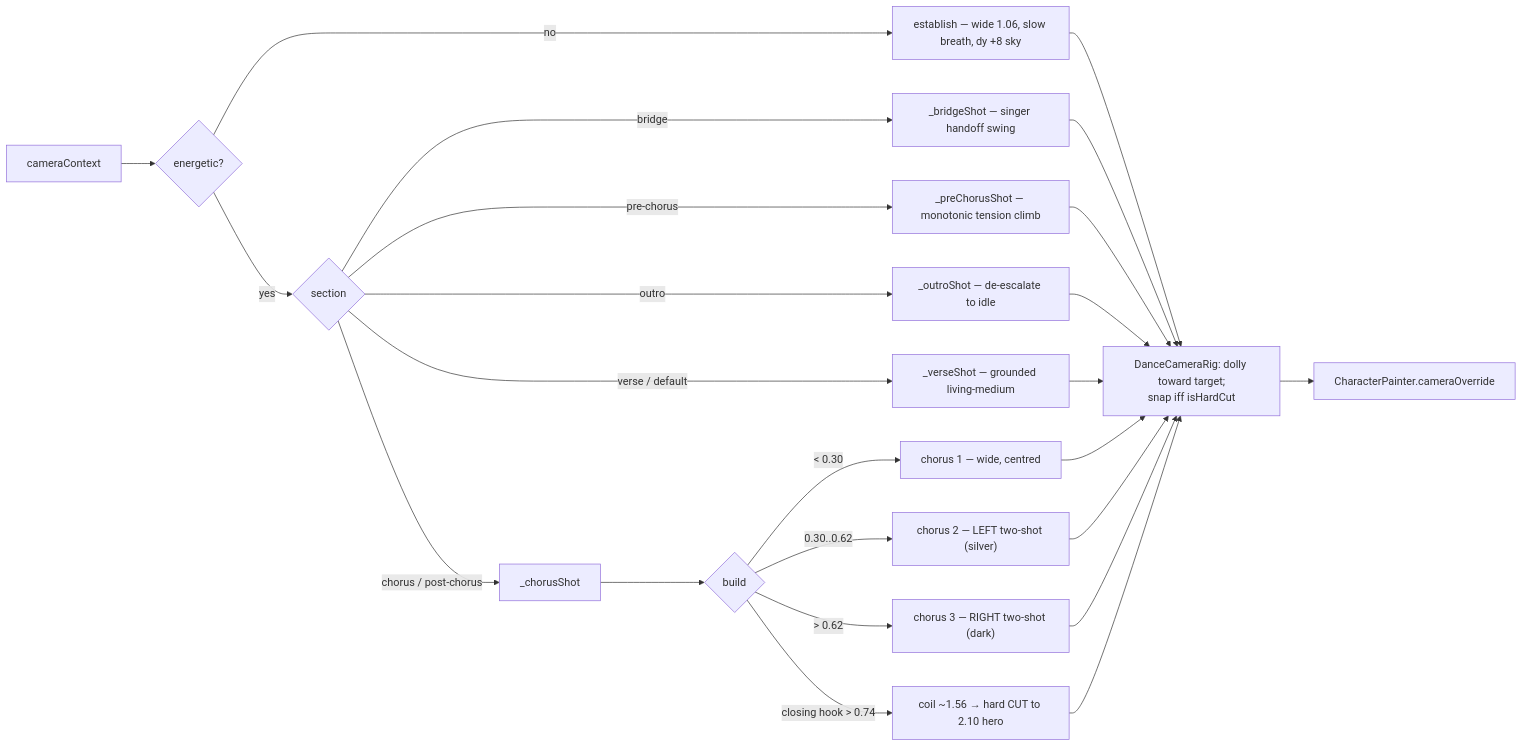
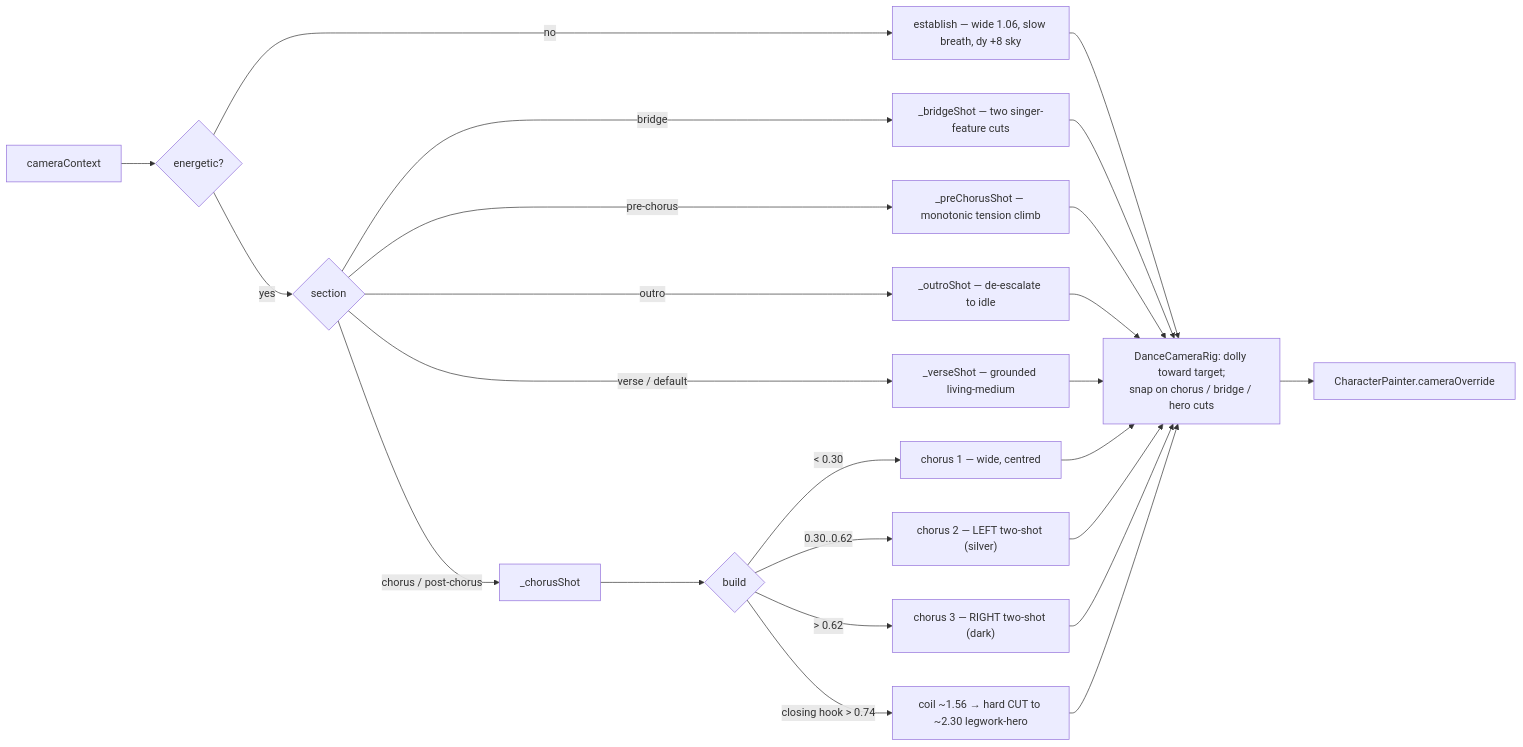
One commit to matthiasn/lotti changed the fourth of 5 diagrams in lib/features/character/README.md. Above: the diagram before and after it, drawn with Mermaid. The commit also changed other lines of this file and 5 other files, not shown here.

````diff
--- a/lib/features/character/README.md
+++ b/lib/features/character/README.md
@@ -302,19 +305,19 @@
 ```mermaid
 flowchart LR
   ctx[cameraContext] --> energetic{energetic?}
   energetic -- no --> est["establish — wide 1.06, slow breath, dy +8 sky"]
   energetic -- yes --> sec{section}
   sec -- chorus / post-chorus --> ch[_chorusShot]
-  sec -- bridge --> br["_bridgeShot — singer handoff swing"]
+  sec -- bridge --> br["_bridgeShot — two singer-feature cuts"]
   sec -- pre-chorus --> pc["_preChorusShot — monotonic tension climb"]
   sec -- outro --> ou["_outroShot — de-escalate to idle"]
   sec -- verse / default --> ve["_verseShot — grounded living-medium"]
   ch --> home{build}
   home -- "< 0.30" --> c1["chorus 1 — wide, centred"]
   home -- "0.30..0.62" --> c2["chorus 2 — LEFT two-shot (silver)"]
   home -- "> 0.62" --> c3["chorus 3 — RIGHT two-shot (dark)"]
-  home -- "closing hook > 0.74" --> hero["coil ~1.56 → hard CUT to 2.10 hero"]
+  home -- "closing hook > 0.74" --> hero["coil ~1.56 → hard CUT to ~2.30 legwork-hero"]
   est & br & pc & ou & ve & c1 & c2 & c3 --> rig
-  hero --> rig["DanceCameraRig: dolly toward target;<br/>snap iff isHardCut"]
+  hero --> rig["DanceCameraRig: dolly toward target;<br/>snap on chorus / bridge / hero cuts"]
   rig --> cam["CharacterPainter.cameraOverride"]
 ```
````
